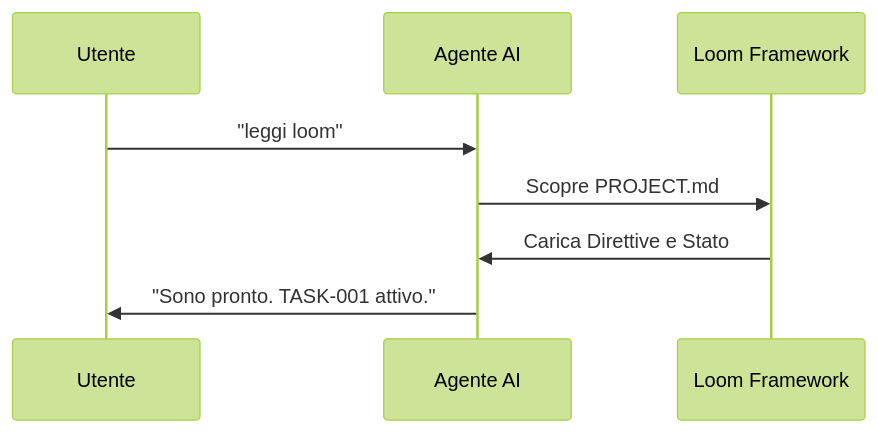
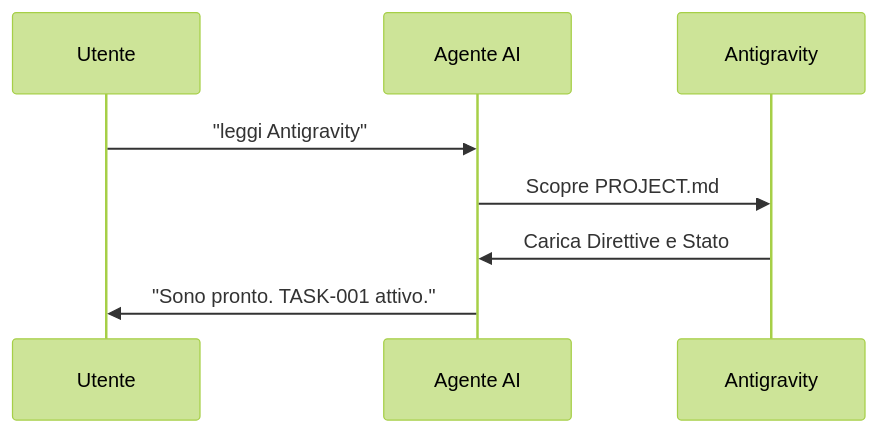
The fourth of 4 diagrams in ABSTRACT.md (otto78/loom-framework), drawn with Mermaid (forest theme) before and after one commit. The commit also changed other lines of this file and 85 other files, not shown here.

````diff
--- a/ABSTRACT.md
+++ b/ABSTRACT.md
@@ -138,10 +138,10 @@
 ```mermaid
 sequenceDiagram
     participant U as Utente
     participant A as Agente AI
-    participant L as Loom Framework
-    U->>A: "leggi loom"
+    participant L as Antigravity
+    U->>A: "leggi Antigravity"
     A->>L: Scopre PROJECT.md
     L->>A: Carica Direttive e Stato
     A->>U: "Sono pronto. TASK-001 attivo."
 ```
````
